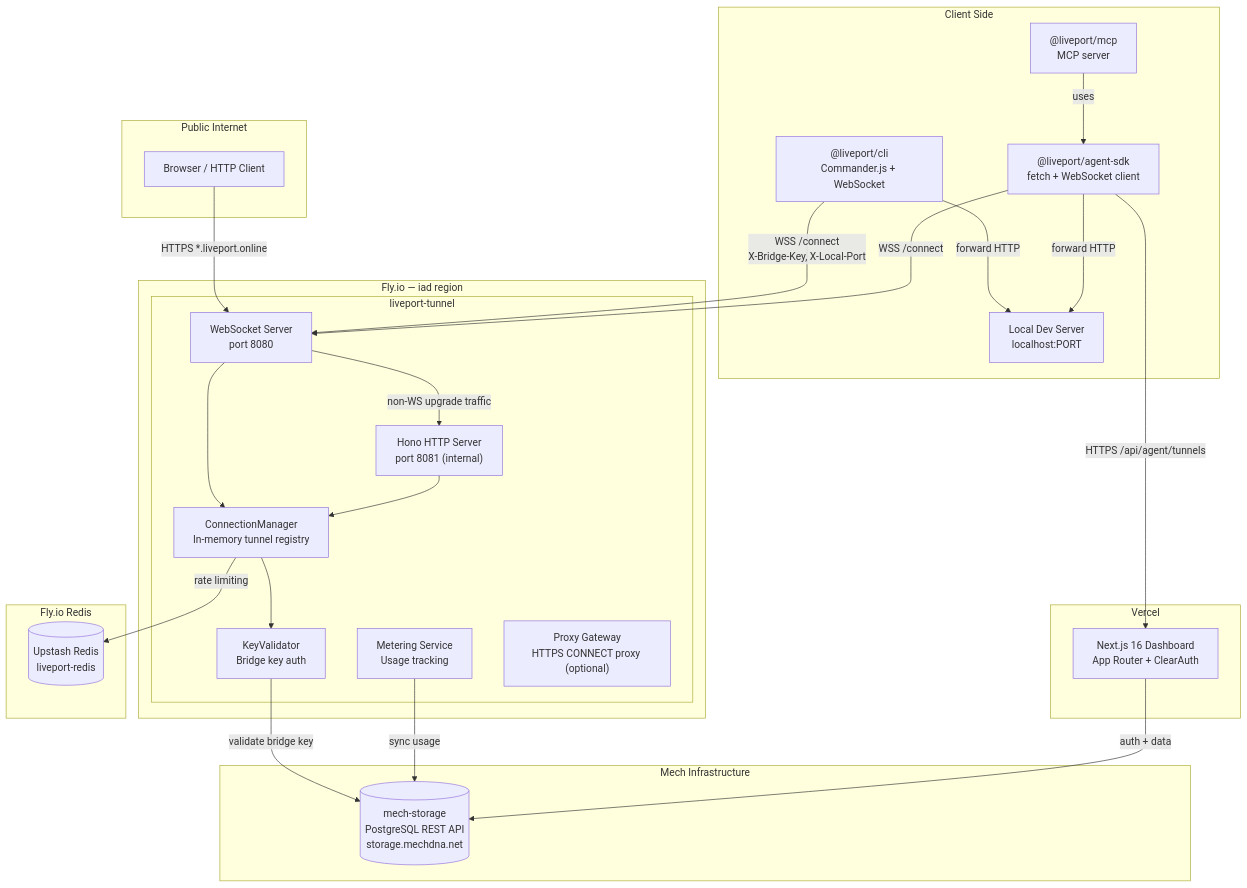
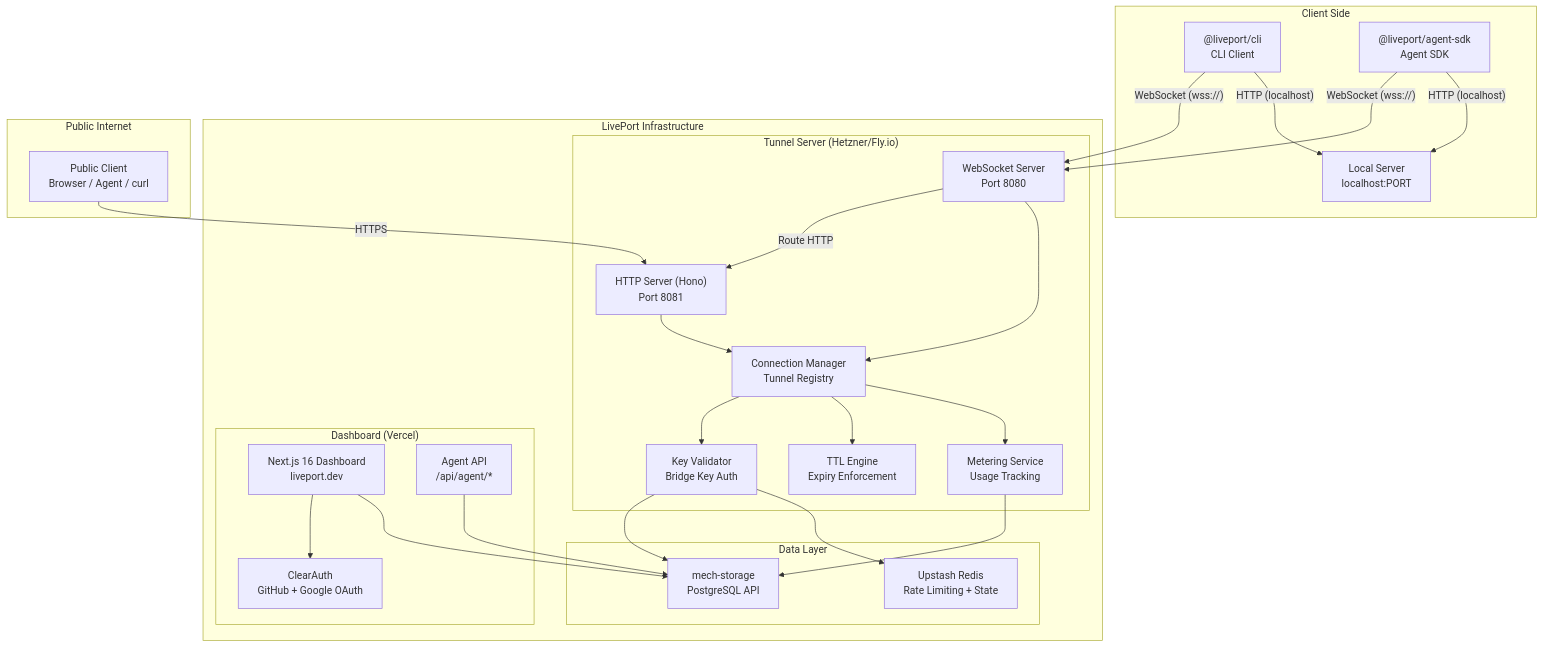
Before and after one commit to dundas/liveport: the first of 4 diagrams in docs/ARCHITECTURE.md, drawn with Mermaid. The commit also changed other lines of this file and 17 other files, not shown here.

````diff
--- a/docs/ARCHITECTURE.md
+++ b/docs/ARCHITECTURE.md
@@ -26,52 +10,52 @@
 ```mermaid
 graph TB
     subgraph "Client Side"
-        CLI["@liveport/cli<br/>Commander.js + WebSocket"]
-        SDK["@liveport/agent-sdk<br/>fetch + WebSocket client"]
-        MCP["@liveport/mcp<br/>MCP server"]
-        LocalServer["Local Dev Server<br/>localhost:PORT"]
+        CLI["@liveport/cli<br/>CLI Client"]
+        SDK["@liveport/agent-sdk<br/>Agent SDK"]
+        LOCAL["Local Server<br/>localhost:PORT"]
     end
 
-    subgraph "Fly.io — iad region"
-        subgraph "liveport-tunnel"
-            WSServer["WebSocket Server<br/>port 8080"]
-            HTTPServer["Hono HTTP Server<br/>port 8081 (internal)"]
-            ConnMgr["ConnectionManager<br/>In-memory tunnel registry"]
-            KeyValidator["KeyValidator<br/>Bridge key auth"]
-            Metering["Metering Service<br/>Usage tracking"]
-            ProxyGW["Proxy Gateway<br/>HTTPS CONNECT proxy (optional)"]
+    subgraph "LivePort Infrastructure"
+        subgraph "Tunnel Server (Hetzner/Fly.io)"
+            WS_SERVER["WebSocket Server<br/>Port 8080"]
+            HTTP_SERVER["HTTP Server (Hono)<br/>Port 8081"]
+            CONN_MGR["Connection Manager<br/>Tunnel Registry"]
+            KEY_VAL["Key Validator<br/>Bridge Key Auth"]
+            TTL["TTL Engine<br/>Expiry Enforcement"]
+            METER["Metering Service<br/>Usage Tracking"]
+        end
+
+        subgraph "Dashboard (Vercel)"
+            DASH["Next.js 16 Dashboard<br/>liveport.dev"]
+            AUTH["ClearAuth<br/>GitHub + Google OAuth"]
+            API["Agent API<br/>/api/agent/*"]
+        end
+
+        subgraph "Data Layer"
+            MECH["mech-storage<br/>PostgreSQL API"]
+            REDIS["Upstash Redis<br/>Rate Limiting + State"]
         end
     end
 
-    subgraph "Vercel"
-        NextApp["Next.js 16 Dashboard<br/>App Router + ClearAuth"]
+    subgraph "Public Internet"
+        PUBLIC["Public Client<br/>Browser / Agent / curl"]
     end
 
-    subgraph "Mech Infrastructure"
-        MechDB[("mech-storage<br/>PostgreSQL REST API<br/>storage.mechdna.net")]
-    end
-
-    subgraph "Fly.io Redis"
-        Redis[("Upstash Redis<br/>liveport-redis")]
-    end
-
-    subgraph "Public Internet"
-        PublicClient["Browser / HTTP Client"]
-    end
-
-    CLI -->|"WSS /connect<br/>X-Bridge-Key, X-Local-Port"| WSServer
-    SDK -->|"WSS /connect"| WSServer
-    SDK -->|"HTTPS /api/agent/tunnels"| NextApp
-    MCP -->|"uses"| SDK
-    WSServer -->|"non-WS upgrade traffic"| HTTPServer
-    WSServer --> ConnMgr
-    HTTPServer --> ConnMgr
-    ConnMgr --> KeyValidator
-    KeyValidator -->|"validate bridge key"| MechDB
-    Metering -->|"sync usage"| MechDB
-    ConnMgr -->|"rate limiting"| Redis
-    NextApp -->|"auth + data"| MechDB
-    PublicClient -->|"HTTPS *.liveport.online"| WSServer
-    CLI -->|"forward HTTP"| LocalServer
-    SDK -->|"forward HTTP"| LocalServer
+    CLI -->|"WebSocket (wss://)"| WS_SERVER
+    SDK -->|"WebSocket (wss://)"| WS_SERVER
+    CLI -->|"HTTP (localhost)"| LOCAL
+    SDK -->|"HTTP (localhost)"| LOCAL
+    WS_SERVER -->|"Route HTTP"| HTTP_SERVER
+    WS_SERVER --> CONN_MGR
+    HTTP_SERVER --> CONN_MGR
+    CONN_MGR --> KEY_VAL
+    CONN_MGR --> TTL
+    CONN_MGR --> METER
+    KEY_VAL --> MECH
+    KEY_VAL --> REDIS
+    METER --> MECH
+    DASH --> AUTH
+    DASH --> MECH
+    API --> MECH
+    PUBLIC -->|"HTTPS"| HTTP_SERVER
 ```
````
